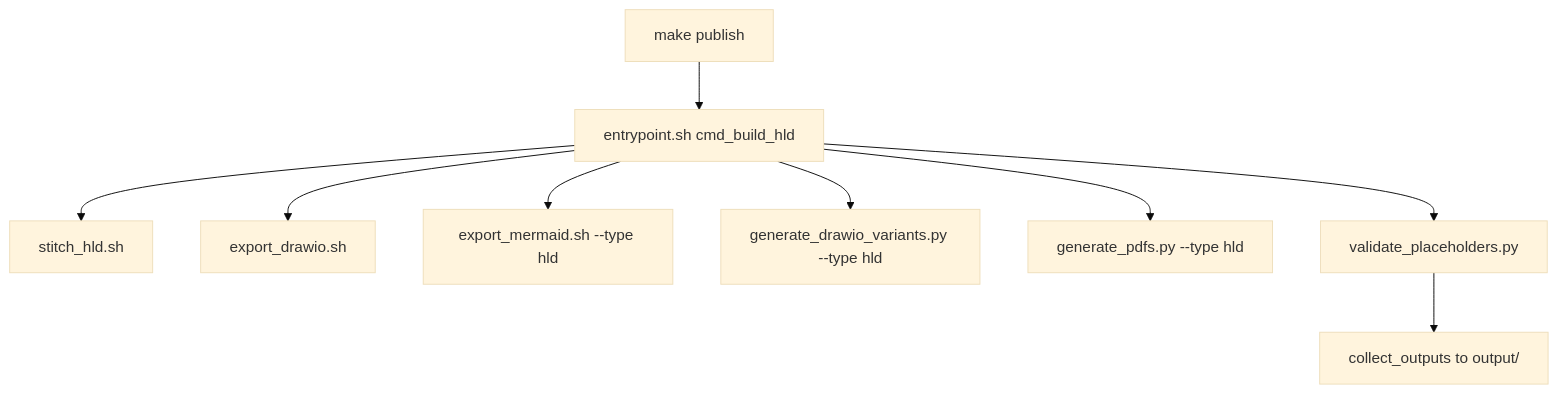
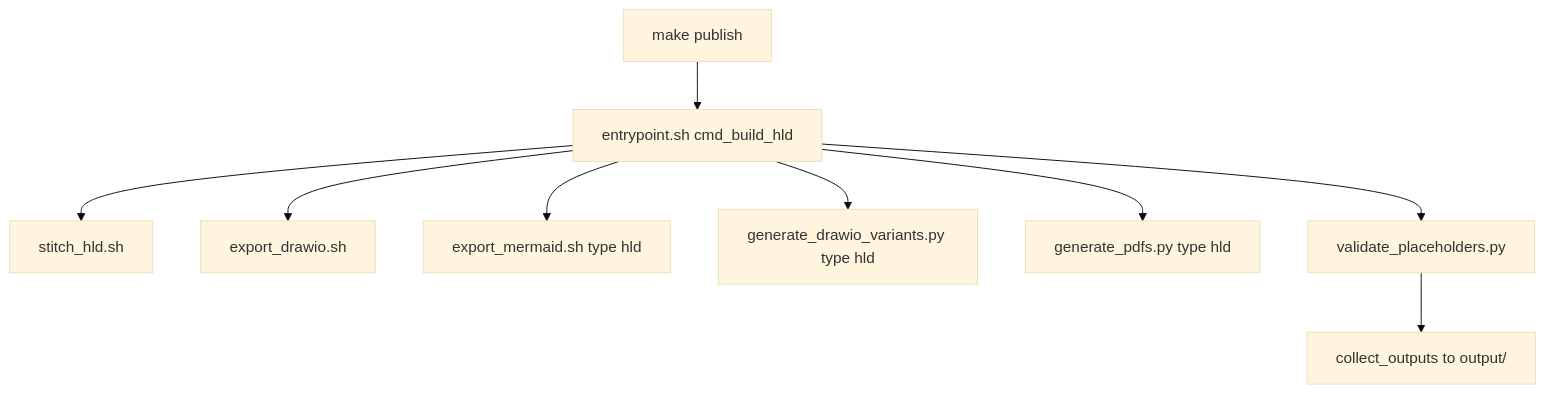
One commit to stratus-ss/arch-design-doc-generator changed the third of 10 diagrams in docs/CODEFLOW.md. Above: the diagram before and after it, drawn with Mermaid (base theme). The commit also changed other lines of this file and 13 other files, not shown here.

First line of the commit message:
docs: align Health Check code flow with collect 03–12 and the report engine

````diff
--- a/docs/CODEFLOW.md
+++ b/docs/CODEFLOW.md
@@ -76,11 +78,11 @@
 ```mermaid
 flowchart TD
-    Publish[make publish] --> BuildHldCmd[entrypoint.sh cmd_build_hld]
-    BuildHldCmd --> StitchHld[stitch_hld.sh]
-    BuildHldCmd --> ExportDrawio[export_drawio.sh]
-    BuildHldCmd --> ExportMermaid[export_mermaid.sh --type hld]
-    BuildHldCmd --> DrawioVariants[generate_drawio_variants.py --type hld]
-    BuildHldCmd --> PdfHld[generate_pdfs.py --type hld]
-    BuildHldCmd --> ValidateTokens[validate_placeholders.py]
-    ValidateTokens --> CollectOutputs[collect_outputs to output/]
+    Publish["make publish"] --> BuildHldCmd["entrypoint.sh cmd_build_hld"]
+    BuildHldCmd --> StitchHld["stitch_hld.sh"]
+    BuildHldCmd --> ExportDrawio["export_drawio.sh"]
+    BuildHldCmd --> ExportMermaid["export_mermaid.sh type hld"]
+    BuildHldCmd --> DrawioVariants["generate_drawio_variants.py type hld"]
+    BuildHldCmd --> PdfHld["generate_pdfs.py type hld"]
+    BuildHldCmd --> ValidateTokens["validate_placeholders.py"]
+    ValidateTokens --> CollectOutputs["collect_outputs to output/"]
 ```
````
